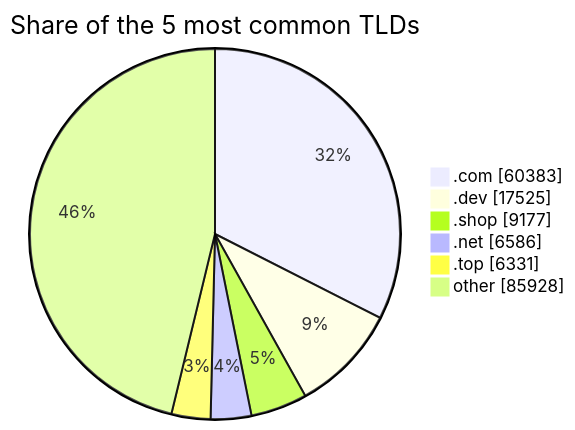
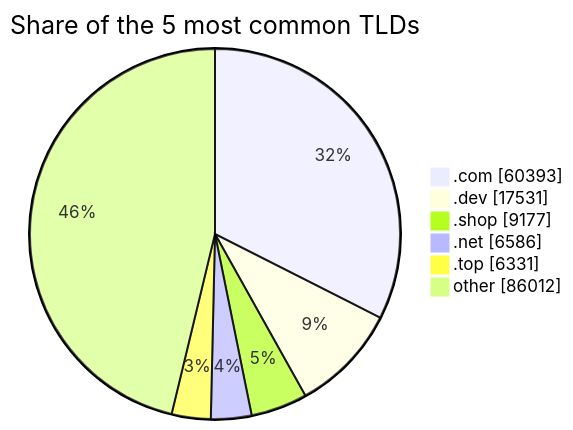
Before and after one commit to DNSBunker/CTI: the third of 3 diagrams in README.md, drawn with Mermaid. The commit also changed other lines of this file and 3 other files, not shown here.

````diff
--- a/README.md
+++ b/README.md
@@ -81,9 +81,9 @@
 ```mermaid
 pie showData title Share of the 5 most common TLDs
-    ".com" : 60383
-    ".dev" : 17525
+    ".com" : 60393
+    ".dev" : 17531
     ".shop" : 9177
     ".net" : 6586
     ".top" : 6331
-    "other" : 85928
+    "other" : 86012
 ```
````
